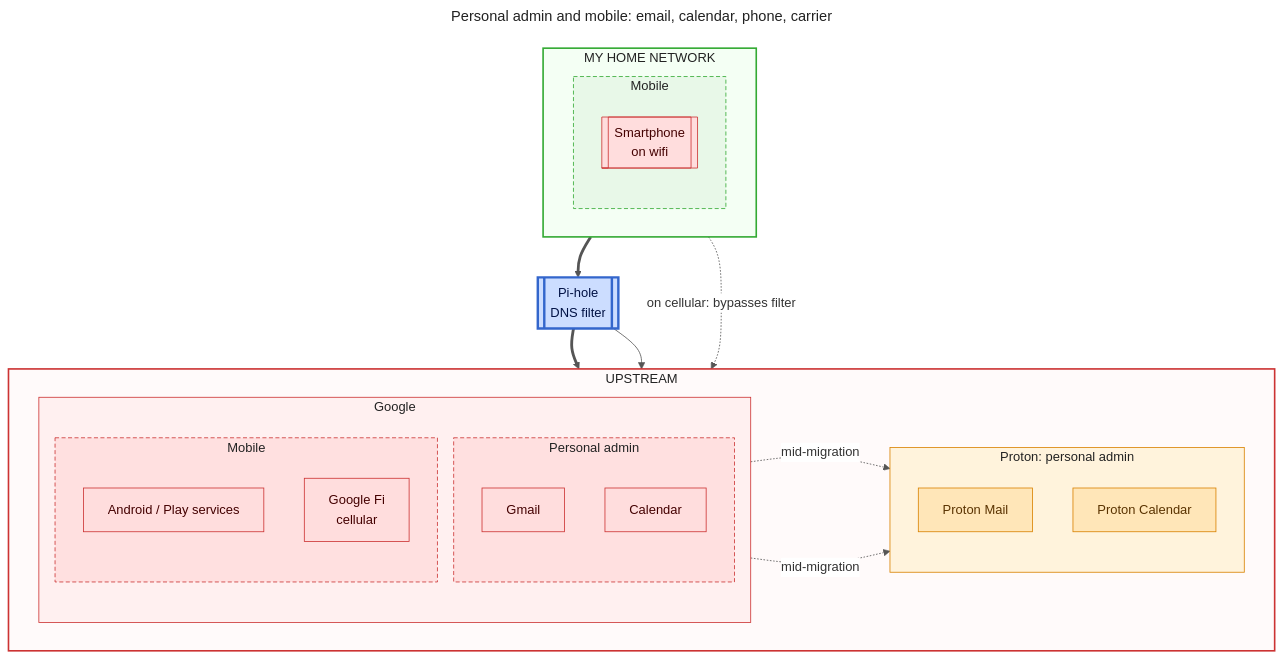
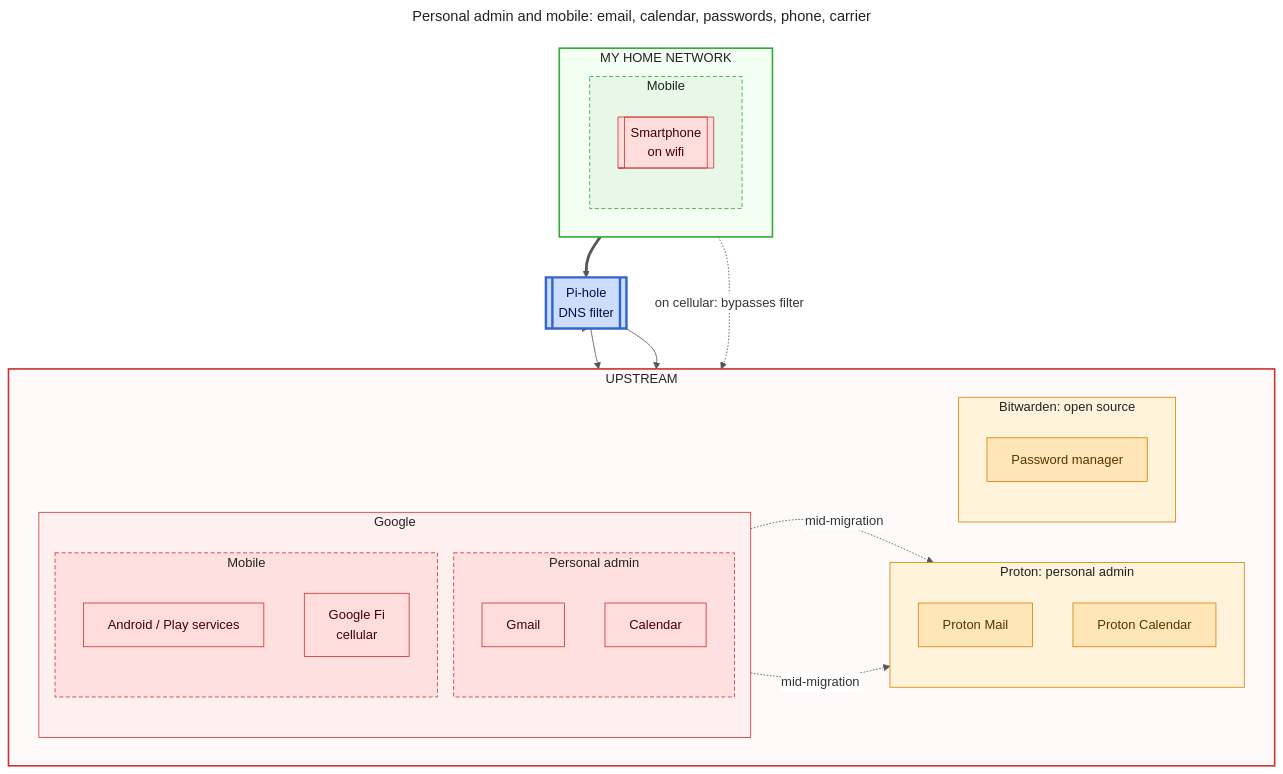
The third of 3 diagrams in README.md (lowlydba/torch-the-tech), drawn with Mermaid before and after one commit. The commit also changed other lines of this file, not shown here.

Commit message:
Add Bitwarden

````diff
--- a/README.md
+++ b/README.md
@@ -188,71 +188,77 @@
 ```mermaid
 ---
-title: "Personal admin and mobile: email, calendar, phone, carrier"
+title: "Personal admin and mobile: email, calendar, passwords, phone, carrier"
 config:
   theme: base
   themeVariables:
     textColor: '#222222'
     titleColor: '#222222'
     edgeLabelBackground: '#ffffff'
     lineColor: '#555555'
 ---
 flowchart TB
     subgraph home["MY HOME NETWORK"]
         direction LR
 
         subgraph h_mobile["Mobile"]
             direction TB
             pixel[[Smartphone<br/>on wifi]]
         end
     end
 
     pihole[[Pi-hole<br/>DNS filter]]
 
     subgraph out["UPSTREAM"]
         direction LR
 
         subgraph google["Google"]
             direction TB
 
             subgraph g_admin["Personal admin"]
                 gmail[Gmail]
                 gcal[Calendar]
             end
 
             subgraph g_mobile["Mobile"]
                 gapps[Android / Play services]
                 fi[Google Fi<br/>cellular]
             end
         end
 
         subgraph proton["Proton: personal admin"]
             direction TB
             pmail[Proton Mail]
             pcal[Proton Calendar]
         end
+
+        subgraph bitwarden["Bitwarden: open source"]
+            bw[Password manager]
+        end
     end
 
     h_mobile ==> pihole
     pihole ==> google
     pihole --> proton
+    pihole --> bitwarden
 
     pixel -. "on cellular: bypasses filter" .-> fi
     gmail -. "mid-migration" .-> pmail
     gcal -. "mid-migration" .-> pcal
 
     classDef big fill:#fdd,stroke:#c33,color:#400
     classDef self fill:#dfd,stroke:#3a3,color:#040
     classDef gate fill:#cdf,stroke:#36c,stroke-width:3px,color:#014
     classDef hosted fill:#ffe6b8,stroke:#d98200,color:#5a3300
     class gmail,gcal,gapps,fi big
-    class pmail,pcal hosted
+    class pmail,pcal,bw hosted
     class pixel big
     class pihole gate
     style home fill:#f4fff4,stroke:#3a3,stroke-width:2px,color:#222
     style out fill:#fffafa,stroke:#c33,stroke-width:2px,color:#222
     style h_mobile fill:#e8f8e8,stroke:#3a3,stroke-dasharray: 5 3,color:#222
     style google fill:#fff0f0,stroke:#c33,color:#222
     style g_admin fill:#ffe0e0,stroke:#c33,stroke-dasharray: 5 3,color:#222
     style g_mobile fill:#ffe0e0,stroke:#c33,stroke-dasharray: 5 3,color:#222
     style proton fill:#fff3dc,stroke:#d98200,color:#222
+    style bitwarden fill:#fff3dc,stroke:#d98200,color:#222
 ```
````
